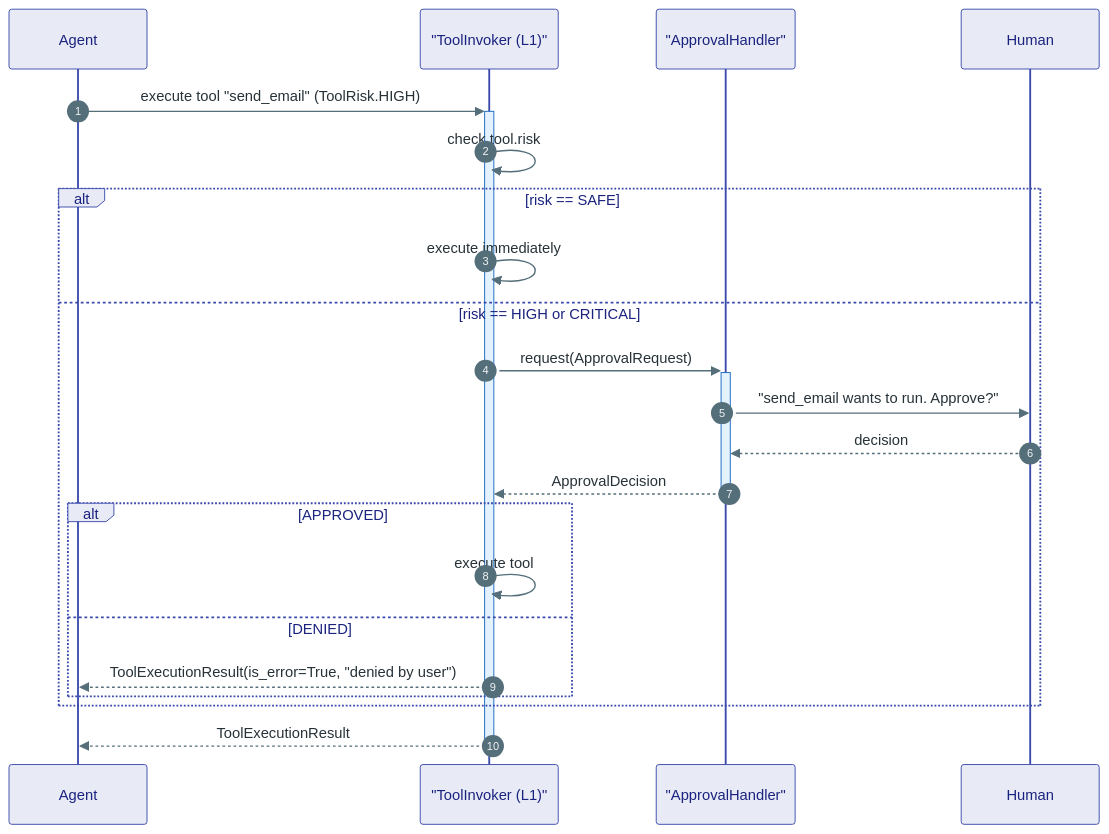
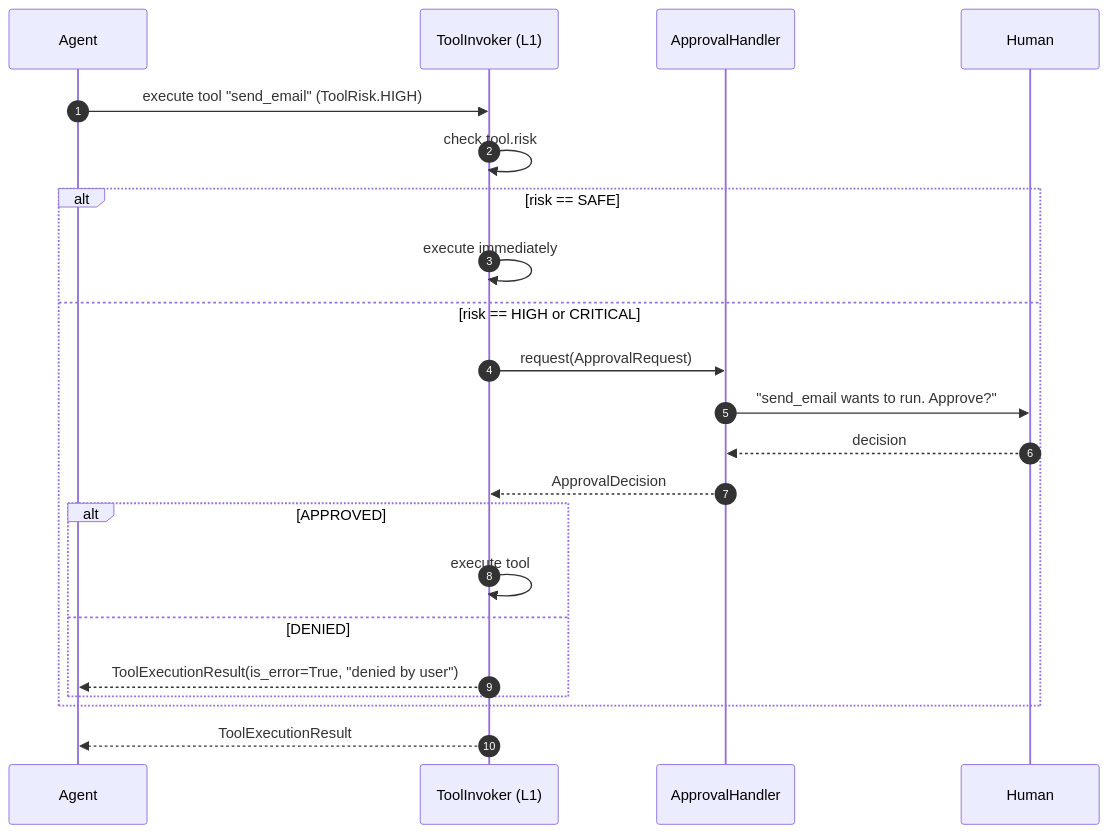
One commit to Ravikumarchavva/agent-substrate changed the second of 3 diagrams in agents/agent-substrate/docs/kernel/04-tools.md. Above: the diagram before and after it, drawn with Mermaid. The commit also changed other lines of this file and 11 other files, not shown here.

Commit message:
docs: refactor architecture documentation and update diagrams across the kernel module.

````diff
--- a/agents/agent-substrate/docs/kernel/04-tools.md
+++ b/agents/agent-substrate/docs/kernel/04-tools.md
@@ -82,30 +49,28 @@
 ```mermaid
-%%{init: {'theme': 'base', 'themeVariables': {'actorBkg': '#E8EAF6','actorBorder': '#3949AB','actorTextColor': '#1A237E','activationBkgColor': '#E3F2FD','activationBorderColor': '#1565C0','noteBkgColor': '#FFFDE7','noteBorderColor': '#F57F17','signalColor': '#546E7A','signalTextColor': '#263238','fontSize': '13px'}}}%%
 sequenceDiagram
     autonumber
     participant Agent
-    participant Invoker as "ToolInvoker (L1)"
-    participant Handler as "ApprovalHandler"
+    participant Invoker as ToolInvoker (L1)
+    participant Handler as ApprovalHandler
     participant Human
 
-    Agent->>+Invoker: execute tool "send_email" (ToolRisk.HIGH)
-
+    Agent->>Invoker: execute tool "send_email" (ToolRisk.HIGH)
     Invoker->>Invoker: check tool.risk
 
     alt risk == SAFE
         Invoker->>Invoker: execute immediately
     else risk == HIGH or CRITICAL
-        Invoker->>+Handler: request(ApprovalRequest)
+        Invoker->>Handler: request(ApprovalRequest)
         Handler->>Human: "send_email wants to run. Approve?"
         Human-->>Handler: decision
-        Handler-->>-Invoker: ApprovalDecision
+        Handler-->>Invoker: ApprovalDecision
 
         alt APPROVED
             Invoker->>Invoker: execute tool
         else DENIED
             Invoker-->>Agent: ToolExecutionResult(is_error=True, "denied by user")
         end
     end
 
-    Invoker-->>-Agent: ToolExecutionResult
+    Invoker-->>Agent: ToolExecutionResult
 ```
````
